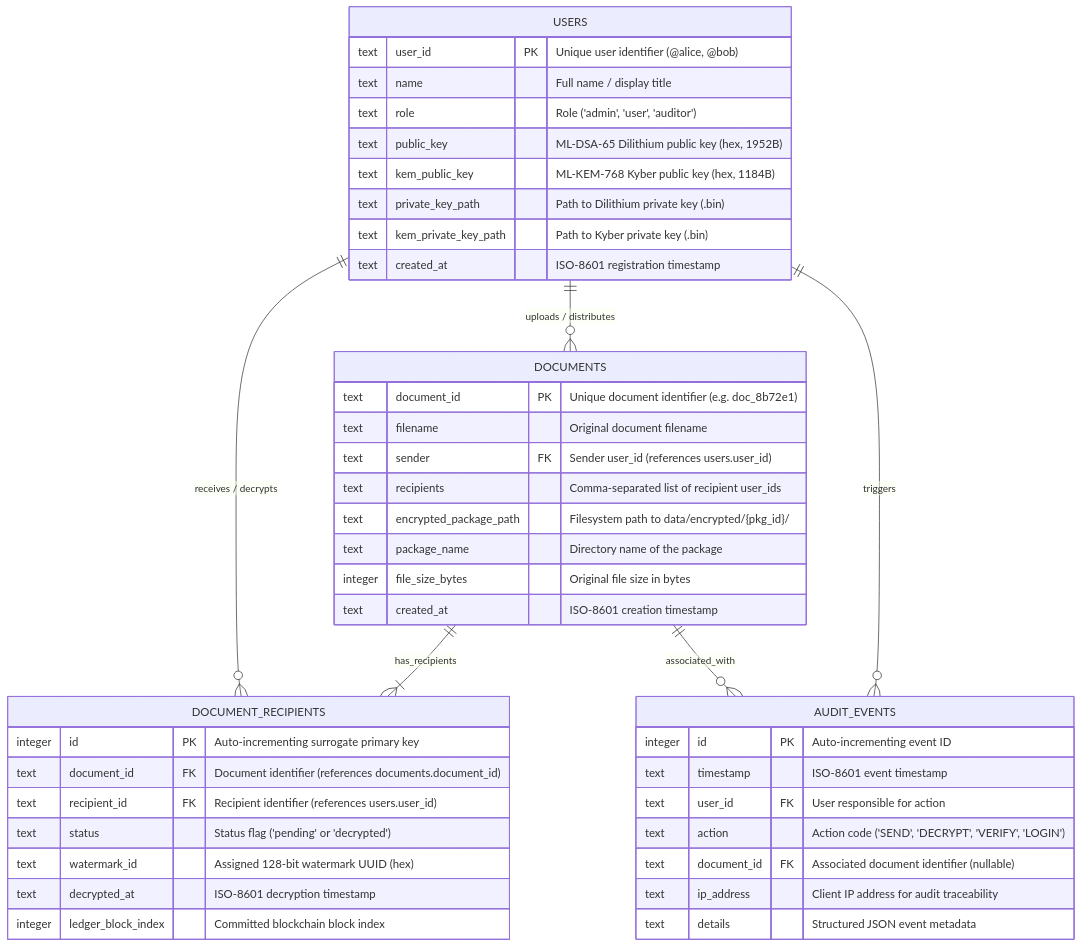
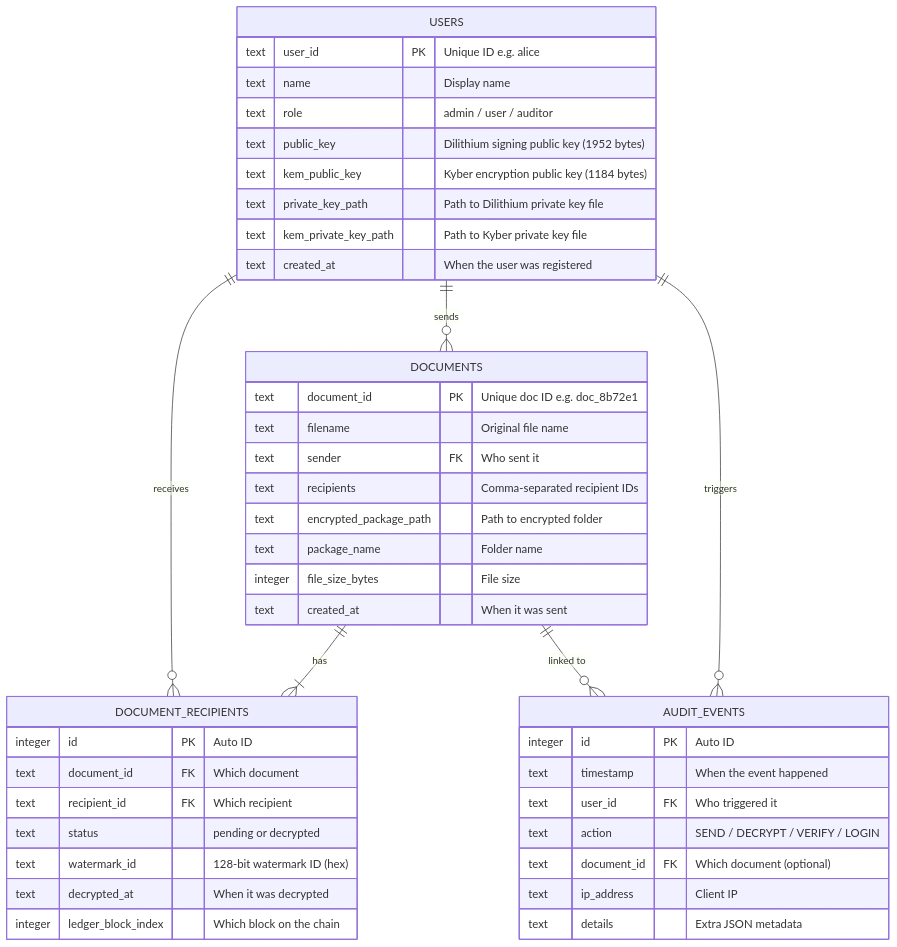
Before and after one commit to SuyashGargote/SANKET: the fifth of 7 diagrams in README.md, drawn with Mermaid. The commit also changed other lines of this file and 4 other files, not shown here.

````diff
--- a/README.md
+++ b/README.md
@@ -352,50 +341,50 @@
 ```mermaid
 erDiagram
-    USERS ||--o{ DOCUMENTS : "uploads / distributes"
-    DOCUMENTS ||--|{ DOCUMENT_RECIPIENTS : "has_recipients"
-    USERS ||--o{ DOCUMENT_RECIPIENTS : "receives / decrypts"
+    USERS ||--o{ DOCUMENTS : "sends"
+    DOCUMENTS ||--|{ DOCUMENT_RECIPIENTS : "has"
+    USERS ||--o{ DOCUMENT_RECIPIENTS : "receives"
     USERS ||--o{ AUDIT_EVENTS : "triggers"
-    DOCUMENTS ||--o{ AUDIT_EVENTS : "associated_with"
+    DOCUMENTS ||--o{ AUDIT_EVENTS : "linked to"
 
     USERS {
-        text user_id PK "Unique user identifier (@alice, @bob)"
-        text name "Full name / display title"
-        text role "Role ('admin', 'user', 'auditor')"
-        text public_key "ML-DSA-65 Dilithium public key (hex, 1952B)"
-        text kem_public_key "ML-KEM-768 Kyber public key (hex, 1184B)"
-        text private_key_path "Path to Dilithium private key (.bin)"
-        text kem_private_key_path "Path to Kyber private key (.bin)"
-        text created_at "ISO-8601 registration timestamp"
+        text user_id PK "Unique ID e.g. alice"
+        text name "Display name"
+        text role "admin / user / auditor"
+        text public_key "Dilithium signing public key (1952 bytes)"
+        text kem_public_key "Kyber encryption public key (1184 bytes)"
+        text private_key_path "Path to Dilithium private key file"
+        text kem_private_key_path "Path to Kyber private key file"
+        text created_at "When the user was registered"
     }
 
     DOCUMENTS {
-        text document_id PK "Unique document identifier (e.g. doc_8b72e1)"
-        text filename "Original document filename"
-        text sender FK "Sender user_id (references users.user_id)"
-        text recipients "Comma-separated list of recipient user_ids"
-        text encrypted_package_path "Filesystem path to data/encrypted/{pkg_id}/"
-        text package_name "Directory name of the package"
-        integer file_size_bytes "Original file size in bytes"
-        text created_at "ISO-8601 creation timestamp"
+        text document_id PK "Unique doc ID e.g. doc_8b72e1"
+        text filename "Original file name"
+        text sender FK "Who sent it"
+        text recipients "Comma-separated recipient IDs"
+        text encrypted_package_path "Path to encrypted folder"
+        text package_name "Folder name"
+        integer file_size_bytes "File size"
+        text created_at "When it was sent"
     }
 
     DOCUMENT_RECIPIENTS {
-        integer id PK "Auto-incrementing surrogate primary key"
-        text document_id FK "Document identifier (references documents.document_id)"
-        text recipient_id FK "Recipient identifier (references users.user_id)"
-        text status "Status flag ('pending' or 'decrypted')"
-        text watermark_id "Assigned 128-bit watermark UUID (hex)"
-        text decrypted_at "ISO-8601 decryption timestamp"
-        integer ledger_block_index "Committed blockchain block index"
+        integer id PK "Auto ID"
+        text document_id FK "Which document"
+        text recipient_id FK "Which recipient"
+        text status "pending or decrypted"
+        text watermark_id "128-bit watermark ID (hex)"
+        text decrypted_at "When it was decrypted"
+        integer ledger_block_index "Which block on the chain"
     }
 
     AUDIT_EVENTS {
-        integer id PK "Auto-incrementing event ID"
-        text timestamp "ISO-8601 event timestamp"
-        text user_id FK "User responsible for action"
-        text action "Action code ('SEND', 'DECRYPT', 'VERIFY', 'LOGIN')"
-        text document_id FK "Associated document identifier (nullable)"
-        text ip_address "Client IP address for audit traceability"
-        text details "Structured JSON event metadata"
+        integer id PK "Auto ID"
+        text timestamp "When the event happened"
+        text user_id FK "Who triggered it"
+        text action "SEND / DECRYPT / VERIFY / LOGIN"
+        text document_id FK "Which document (optional)"
+        text ip_address "Client IP"
+        text details "Extra JSON metadata"
     }
 ```
````
